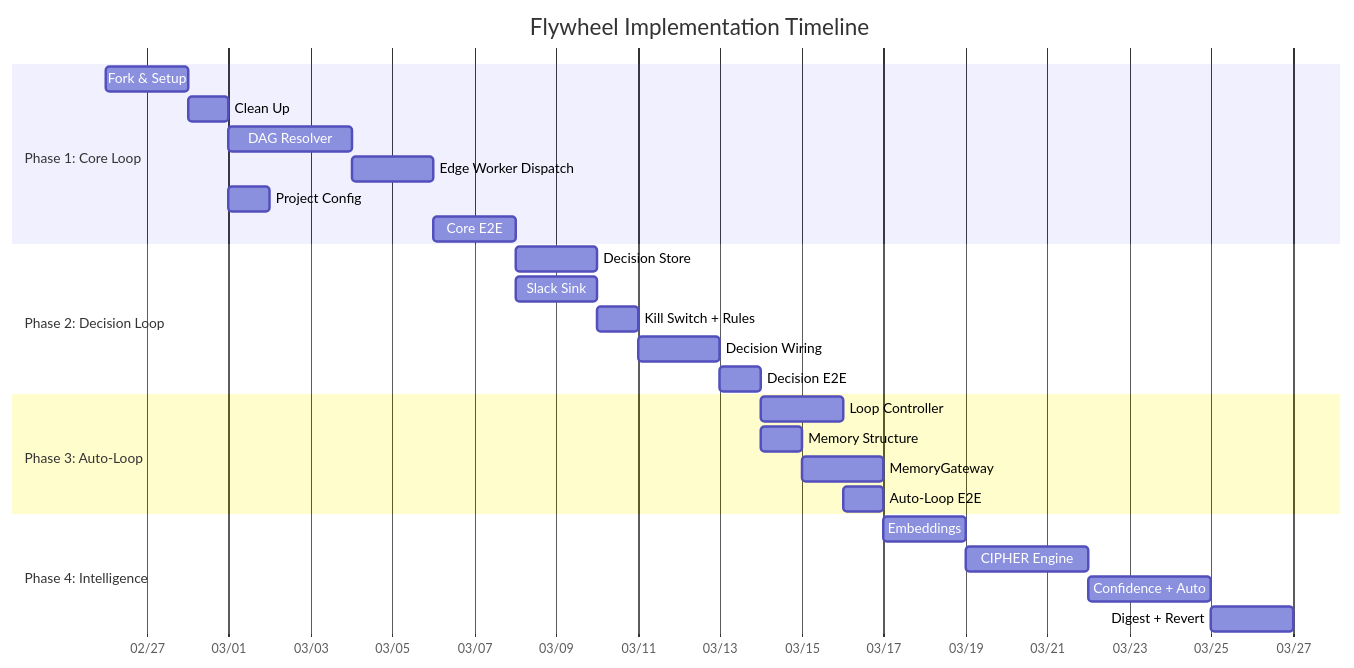
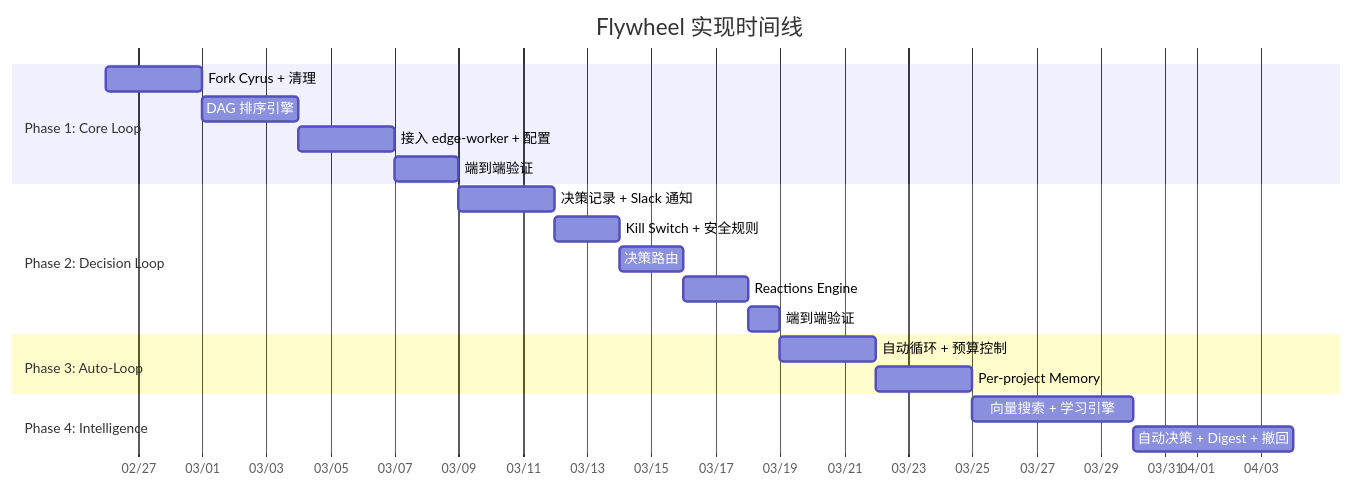
The first of 6 diagrams in doc/plan/draft/v0.1.0-flywheel-orchestrator.md (xrliAnnie/flywheel-qa-sandbox), drawn with Mermaid before and after one commit. The commit also changed other lines of this file and 9 other files, not shown here.

````diff
--- a/doc/plan/draft/v0.1.0-flywheel-orchestrator.md
+++ b/doc/plan/draft/v0.1.0-flywheel-orchestrator.md
@@ -30,33 +36,27 @@
 ```mermaid
 gantt
-    title Flywheel Implementation Timeline
+    title Flywheel 实现时间线
     dateFormat  YYYY-MM-DD
     axisFormat  %m/%d
 
     section Phase 1: Core Loop
-    Fork & Setup            :p1t1, 2026-02-26, 2d
-    Clean Up                :p1t2, after p1t1, 1d
-    DAG Resolver            :p1t3, after p1t2, 3d
-    Edge Worker Dispatch    :p1t4, after p1t3, 2d
-    Project Config          :p1t5, after p1t2, 1d
-    Core E2E                :p1t6, after p1t4, 2d
+    Fork Cyrus + 清理          :p1a, 2026-02-26, 3d
+    DAG 排序引擎              :p1b, after p1a, 3d
+    接入 edge-worker + 配置    :p1c, after p1b, 3d
+    端到端验证                :p1d, after p1c, 2d
 
     section Phase 2: Decision Loop
-    Decision Store          :p2t1, after p1t6, 2d
-    Slack Sink              :p2t2, after p1t6, 2d
-    Kill Switch + Rules     :p2t3, after p2t1, 1d
-    Decision Wiring         :p2t4, after p2t3, 2d
-    Decision E2E            :p2t5, after p2t4, 1d
+    决策记录 + Slack 通知       :p2a, after p1d, 3d
+    Kill Switch + 安全规则     :p2b, after p2a, 2d
+    决策路由                   :p2c, after p2b, 2d
+    Reactions Engine           :p2d, after p2c, 2d
+    端到端验证                 :p2e, after p2d, 1d
 
     section Phase 3: Auto-Loop
-    Loop Controller         :p3t1, after p2t5, 2d
-    Memory Structure        :p3t2, after p2t5, 1d
-    MemoryGateway           :p3t3, after p3t2, 2d
-    Auto-Loop E2E           :p3t4, after p3t1, 1d
+    自动循环 + 预算控制        :p3a, after p2e, 3d
+    Per-project Memory         :p3b, after p3a, 3d
 
     section Phase 4: Intelligence
-    Embeddings              :p4t1, after p3t4, 2d
-    CIPHER Engine           :p4t2, after p4t1, 3d
-    Confidence + Auto       :p4t3, after p4t2, 3d
-    Digest + Revert         :p4t4, after p4t3, 2d
+    向量搜索 + 学习引擎        :p4a, after p3b, 5d
+    自动决策 + Digest + 撤回   :p4b, after p4a, 5d
 ```
````
